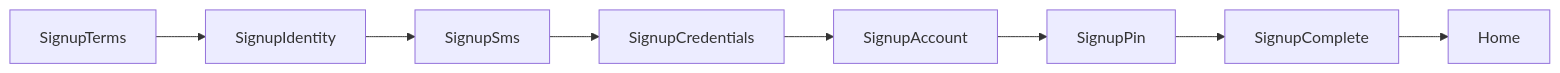
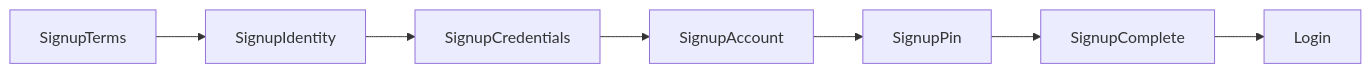
Before and after one commit to mslee98/brit-front: the diagram in docs/domains/auth.md, drawn with Mermaid. The commit also changed other lines of this file and 33 other files, not shown here.

First line of the commit message:
feat(auth): 가입 PENDING 스펙 정렬 — Sms·계좌인증 제거, Nest signup 반영

````diff
--- a/docs/domains/auth.md
+++ b/docs/domains/auth.md
@@ -82,10 +81,9 @@
 ```mermaid
 flowchart LR
   SignupTerms --> SignupIdentity
-  SignupIdentity --> SignupSms
-  SignupSms --> SignupCredentials
+  SignupIdentity --> SignupCredentials
   SignupCredentials --> SignupAccount
   SignupAccount --> SignupPin
   SignupPin --> SignupComplete
-  SignupComplete --> Home
+  SignupComplete --> Login
 ```
````
